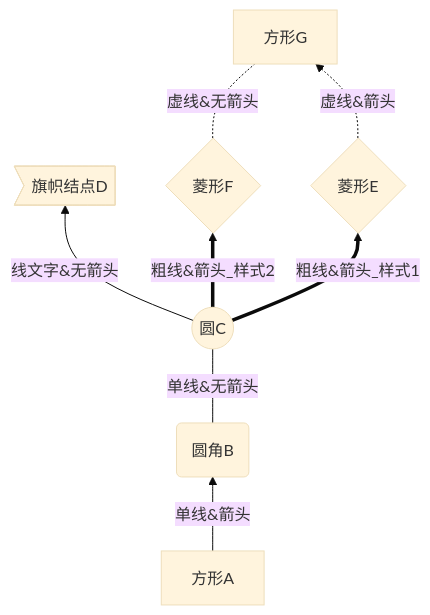
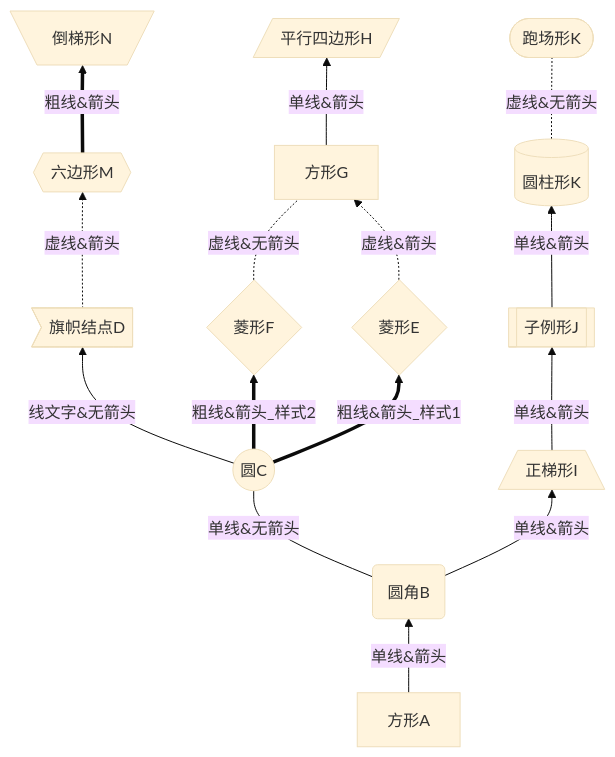
One commit to ZukGit/zukgit.github.io changed the second of 13 diagrams in _posts/Tool/2021-12-01-Mermaid甘特图.md. Above: the diagram before and after it, drawn with Mermaid (base theme). The commit also changed other lines of this file, not shown here.

````diff
--- a/_posts/Tool/2021-12-01-Mermaid甘特图.md
+++ b/_posts/Tool/2021-12-01-Mermaid甘特图.md
@@ -92,17 +106,23 @@
 ```mermaid
 
 graph BT
 
 A[方形A] -->|单线&箭头|B(圆角B)
 
   B ---|单线&无箭头| C((圆C))
 
   C --线文字&无箭头--> D>旗帜结点D]
 
   C ==粗线&箭头_样式1==>E{菱形E}
   C ==> |粗线&箭头_样式2| F{菱形F}
 
 F -.- |虚线&无箭头|G[方形G]
-
 E -.-> |虚线&箭头|G[方形G]
+G --> |单线&箭头|H[/平行四边形H/]
+B --> |单线&箭头|I[/正梯形I\]
+I --> |单线&箭头|J[[子例形J]]
+J  --> |单线&箭头|K[(圆柱形K)]
+K -.- |虚线&无箭头|L([跑场形K])
+D -.->  |虚线&箭头|M{{六边形M}}
+M ==>  |粗线&箭头|N[\倒梯形N/]
 ```
````
